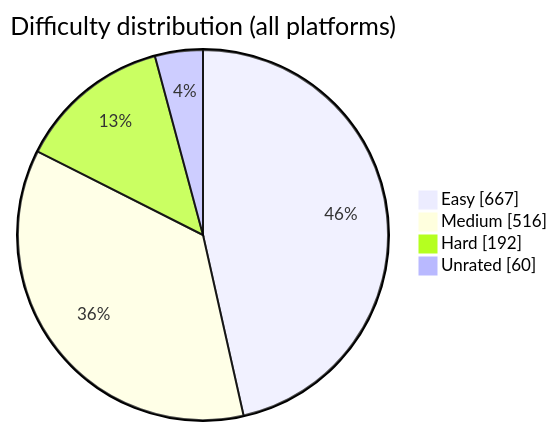
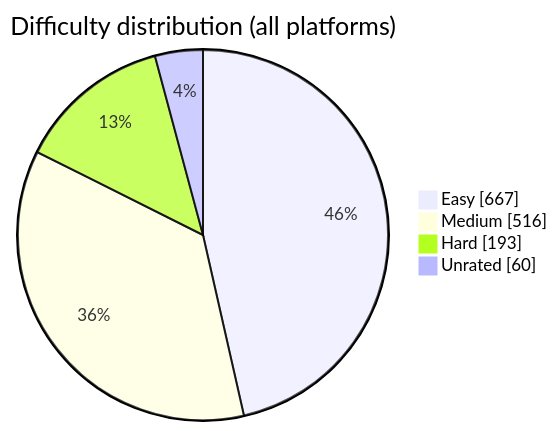
One commit to BuildbyArindam/Daily-Coding-Log changed the diagram in README.md. Above: the diagram before and after it, drawn with Mermaid. The commit also changed other lines of this file, not shown here.

````diff
--- a/README.md
+++ b/README.md
@@ -93,7 +93,7 @@
 ```mermaid
 pie showData title Difficulty distribution (all platforms)
     "Easy" : 667
     "Medium" : 516
-    "Hard" : 192
+    "Hard" : 193
     "Unrated" : 60
 ```
````
